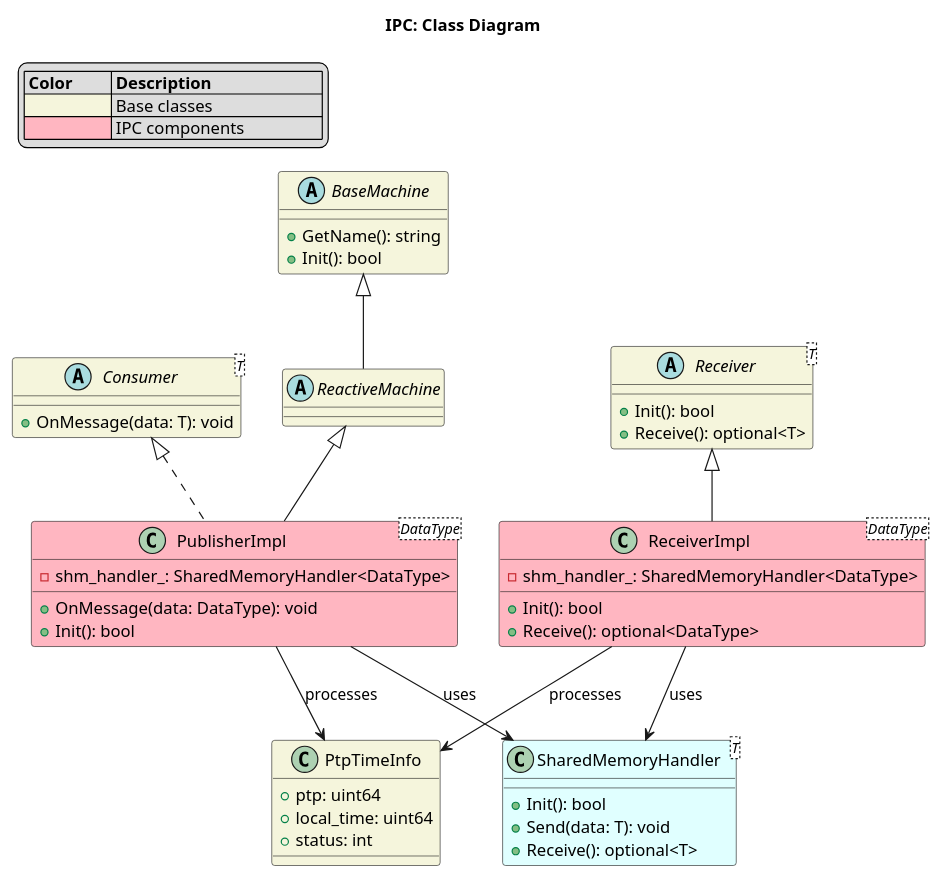
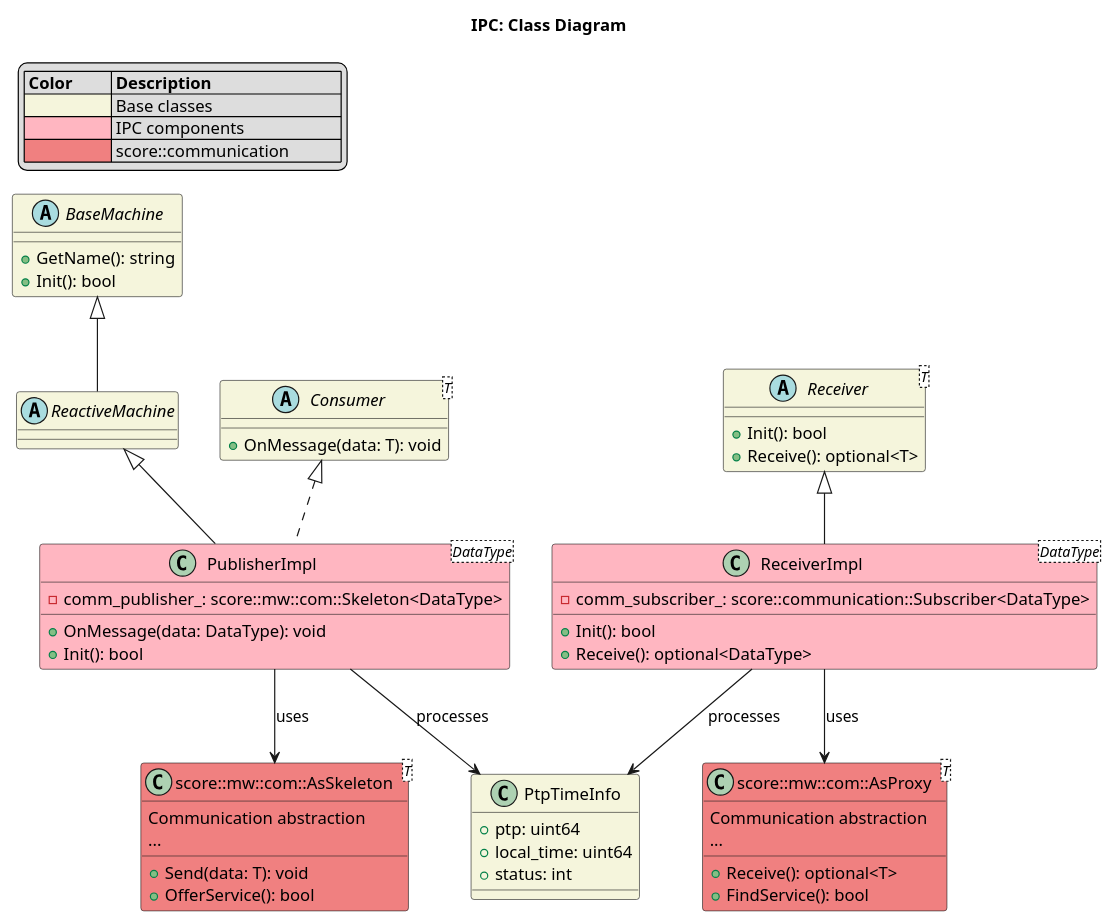
The diagram in docs/time/_assets/ipc/ipc_class.puml (lavrovvalera/inc_time), drawn with PlantUML before and after one commit. The commit also changed 8 other files, not shown here.

```diff
--- a/docs/time/_assets/ipc/ipc_class.puml
+++ b/docs/time/_assets/ipc/ipc_class.puml
@@ -1,63 +1,72 @@
 @startuml ipc_class_diagram
 
 title IPC: Class Diagram
 
 legend top left
     |= Color         |= Description                    |
     | <#Beige>       | Base classes                    |
     | <#LightPink>   | IPC components                  |
+    | <#LightCoral>  | score::communication            |
 endlegend
 
 class "PtpTimeInfo" as time_info #Beige {
     +ptp: uint64
     +local_time: uint64
     +status: int
 }
 
 abstract class "BaseMachine" as base_machine #Beige {
     +GetName(): string
     +Init(): bool
 }
 
 abstract class "ReactiveMachine" as reactive_machine #Beige {
 }
 
 abstract class "Consumer<T>" as consumer #Beige {
     +OnMessage(data: T): void
 }
 
 abstract class "Receiver<T>" as receiver #Beige {
     +Init(): bool
     +Receive(): optional<T>
 }
 
 class "PublisherImpl<DataType>" as publisher_impl #LightPink {
-    -shm_handler_: SharedMemoryHandler<DataType>
+    -comm_publisher_: score::mw::com::Skeleton<DataType>
     +OnMessage(data: DataType): void
     +Init(): bool
 }
 
 class "ReceiverImpl<DataType>" as receiver_impl #LightPink {
-    -shm_handler_: SharedMemoryHandler<DataType>
+    -comm_subscriber_: score::communication::Subscriber<DataType>
     +Init(): bool
     +Receive(): optional<DataType>
 }
 
-class "SharedMemoryHandler<T>" as shm_handler #LightCyan {
-    +Init(): bool
+class "score::mw::com::AsSkeleton<T>" as comm_publisher #LightCoral {
+    Communication abstraction
+    ...
     +Send(data: T): void
+    +OfferService(): bool
+}
+
+class "score::mw::com::AsProxy<T>" as comm_subscriber #LightCoral {
+    Communication abstraction
+    ...
     +Receive(): optional<T>
+    +FindService(): bool
 }
 
 base_machine <|-- reactive_machine
 reactive_machine <|-- publisher_impl
 consumer <|.. publisher_impl
 receiver <|-- receiver_impl
 
-publisher_impl --> shm_handler : uses
-receiver_impl --> shm_handler : uses
+publisher_impl --> comm_publisher : uses
+receiver_impl --> comm_subscriber : uses
 
 publisher_impl --> time_info : processes
 receiver_impl --> time_info : processes
 
 @enduml
```
